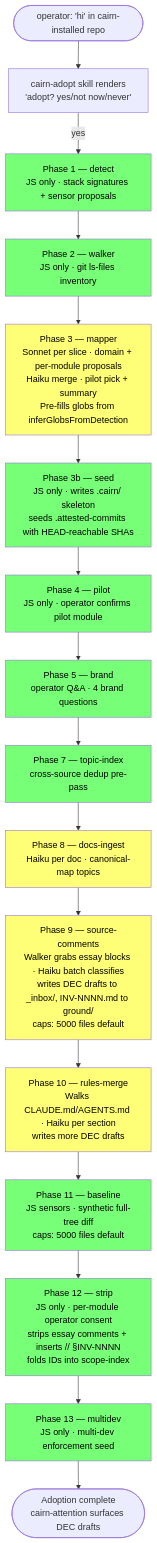
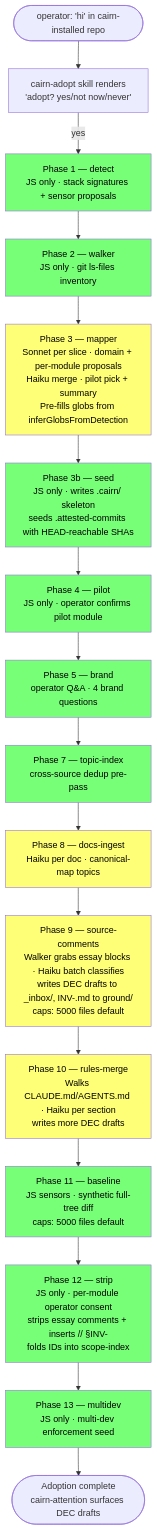
Before and after one commit to isaacriehm/cairn: the second of 3 diagrams in docs/SYSTEM_OVERVIEW.md, drawn with Mermaid. The commit also changed other lines of this file and 104 other files, not shown here.

````diff
--- a/docs/SYSTEM_OVERVIEW.md
+++ b/docs/SYSTEM_OVERVIEW.md
@@ -102,23 +102,23 @@
 ```mermaid
 flowchart TD
   Start([operator: 'hi' in cairn-installed repo]) --> Skill[cairn-adopt skill renders<br/>'adopt? yes/not now/never']
   Skill -->|yes| P1[Phase 1 — detect<br/>JS only · stack signatures + sensor proposals]
   P1 --> P2[Phase 2 — walker<br/>JS only · git ls-files inventory]
   P2 --> P3[Phase 3 — mapper<br/>Sonnet per slice · domain + per-module proposals<br/>Haiku merge · pilot pick + summary<br/>Pre-fills globs from inferGlobsFromDetection]
   P3 --> P3b[Phase 3b — seed<br/>JS only · writes .cairn/ skeleton<br/>seeds .attested-commits with HEAD-reachable SHAs]
   P3b --> P4[Phase 4 — pilot<br/>JS only · operator confirms pilot module]
   P4 --> P5[Phase 5 — brand<br/>operator Q&A · 4 brand questions]
   P5 --> P7[Phase 7 — topic-index<br/>cross-source dedup pre-pass]
   P7 --> P8[Phase 8 — docs-ingest<br/>Haiku per doc · canonical-map topics]
-  P8 --> P9[Phase 9 — source-comments<br/>Walker grabs essay blocks · Haiku batch classifies<br/>writes DEC drafts to _inbox/, INV-NNNN.md to ground/<br/>caps: 5000 files default]
+  P8 --> P9[Phase 9 — source-comments<br/>Walker grabs essay blocks · Haiku batch classifies<br/>writes DEC drafts to _inbox/, INV-<hash>.md to ground/<br/>caps: 5000 files default]
   P9 --> P10[Phase 10 — rules-merge<br/>Walks CLAUDE.md/AGENTS.md · Haiku per section<br/>writes more DEC drafts]
   P10 --> P11[Phase 11 — baseline<br/>JS sensors · synthetic full-tree diff<br/>caps: 5000 files default]
-  P11 --> P12[Phase 12 — strip<br/>JS only · per-module operator consent<br/>strips essay comments + inserts // §INV-NNNN<br/>folds IDs into scope-index]
+  P11 --> P12[Phase 12 — strip<br/>JS only · per-module operator consent<br/>strips essay comments + inserts // §INV-<hash><br/>folds IDs into scope-index]
   P12 --> P13[Phase 13 — multidev<br/>JS only · multi-dev enforcement seed]
   P13 --> Done([Adoption complete<br/>cairn-attention surfaces DEC drafts])
 
   classDef llm fill:#ff7,color:#000
   classDef det fill:#7f7,color:#000
   class P1,P2,P3b,P4,P5,P7,P11,P12,P13 det
   class P3,P8,P9,P10 llm
 ```
````
